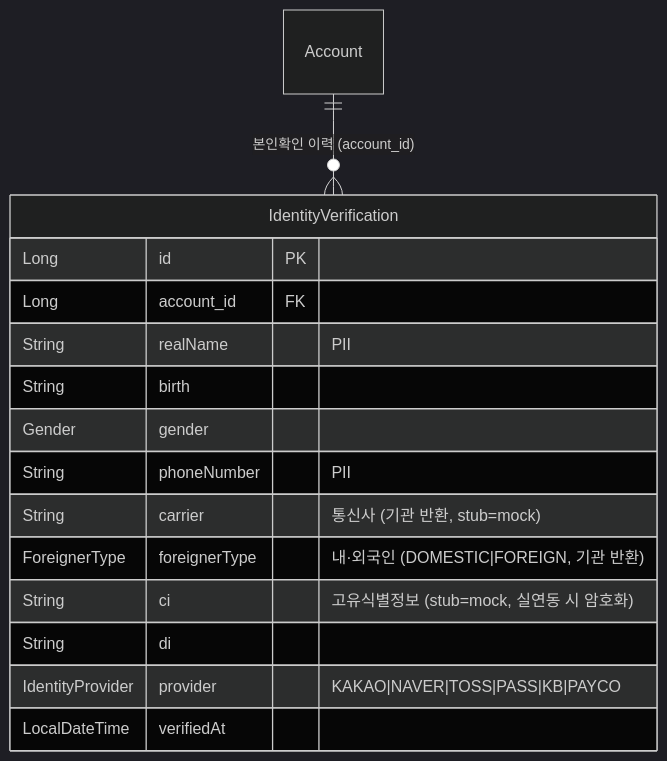
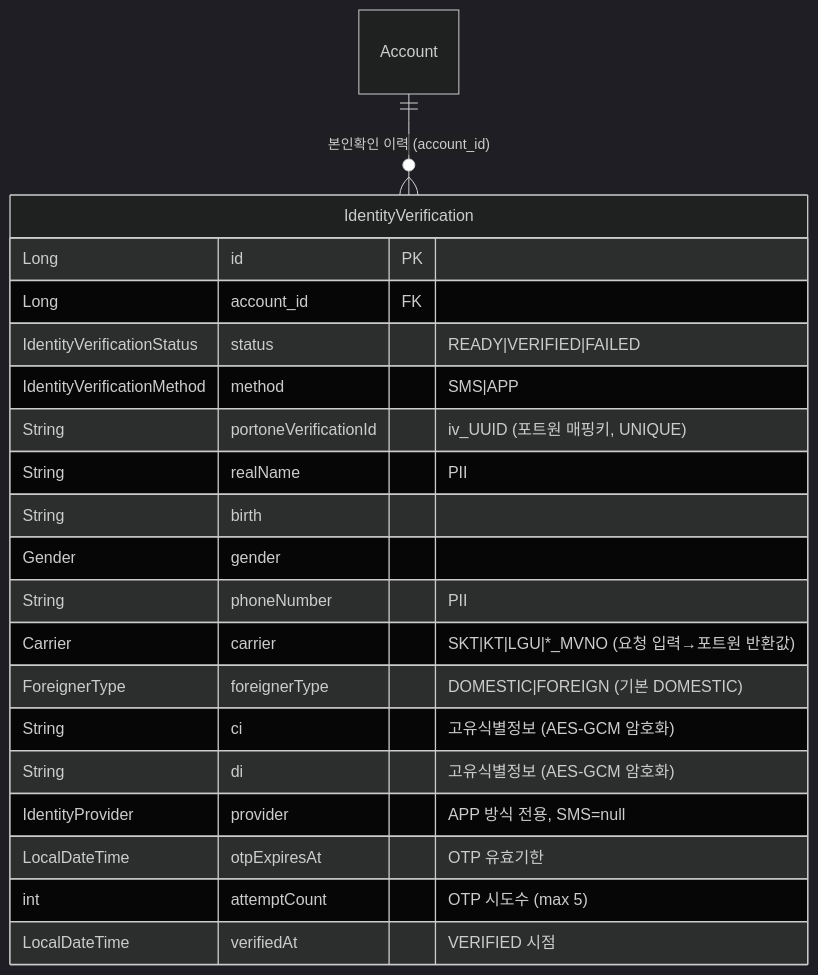
One commit to pungdong/Pungdong-Backend changed the fourth of 4 diagrams in docs/architecture/identity-verification.md. Above: the diagram before and after it, drawn with Mermaid (dark theme). The commit also changed other lines of this file and 6 other files, not shown here.

````diff
--- a/docs/architecture/identity-verification.md
+++ b/docs/architecture/identity-verification.md
@@ -74,19 +112,24 @@
 ```mermaid
 erDiagram
     Account ||--o{ IdentityVerification : "본인확인 이력 (account_id)"
 
     IdentityVerification {
         Long id PK
         Long account_id FK
+        IdentityVerificationStatus status "READY|VERIFIED|FAILED"
+        IdentityVerificationMethod method "SMS|APP"
+        String portoneVerificationId "iv_UUID (포트원 매핑키, UNIQUE)"
         String realName "PII"
         String birth
         Gender gender
         String phoneNumber "PII"
-        String carrier "통신사 (기관 반환, stub=mock)"
-        ForeignerType foreignerType "내·외국인 (DOMESTIC|FOREIGN, 기관 반환)"
-        String ci "고유식별정보 (stub=mock, 실연동 시 암호화)"
-        String di
-        IdentityProvider provider "KAKAO|NAVER|TOSS|PASS|KB|PAYCO"
-        LocalDateTime verifiedAt
+        Carrier carrier "SKT|KT|LGU|*_MVNO (요청 입력→포트원 반환값)"
+        ForeignerType foreignerType "DOMESTIC|FOREIGN (기본 DOMESTIC)"
+        String ci "고유식별정보 (AES-GCM 암호화)"
+        String di "고유식별정보 (AES-GCM 암호화)"
+        IdentityProvider provider "APP 방식 전용, SMS=null"
+        LocalDateTime otpExpiresAt "OTP 유효기한"
+        int attemptCount "OTP 시도수 (max 5)"
+        LocalDateTime verifiedAt "VERIFIED 시점"
     }
 ```
````
